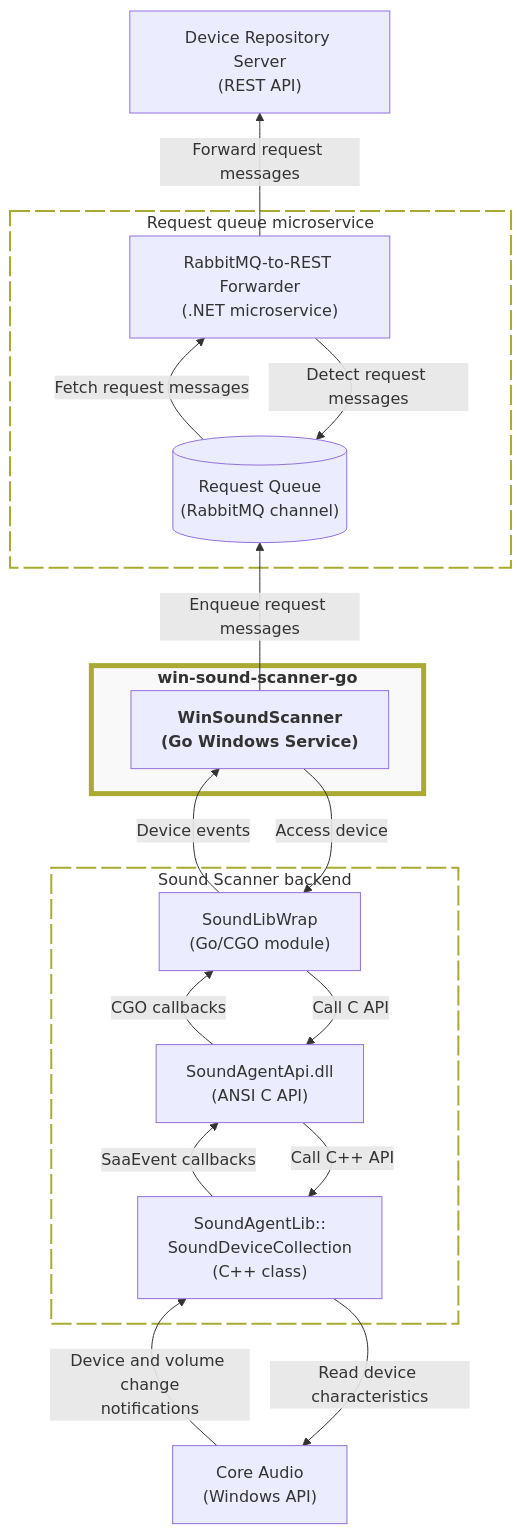
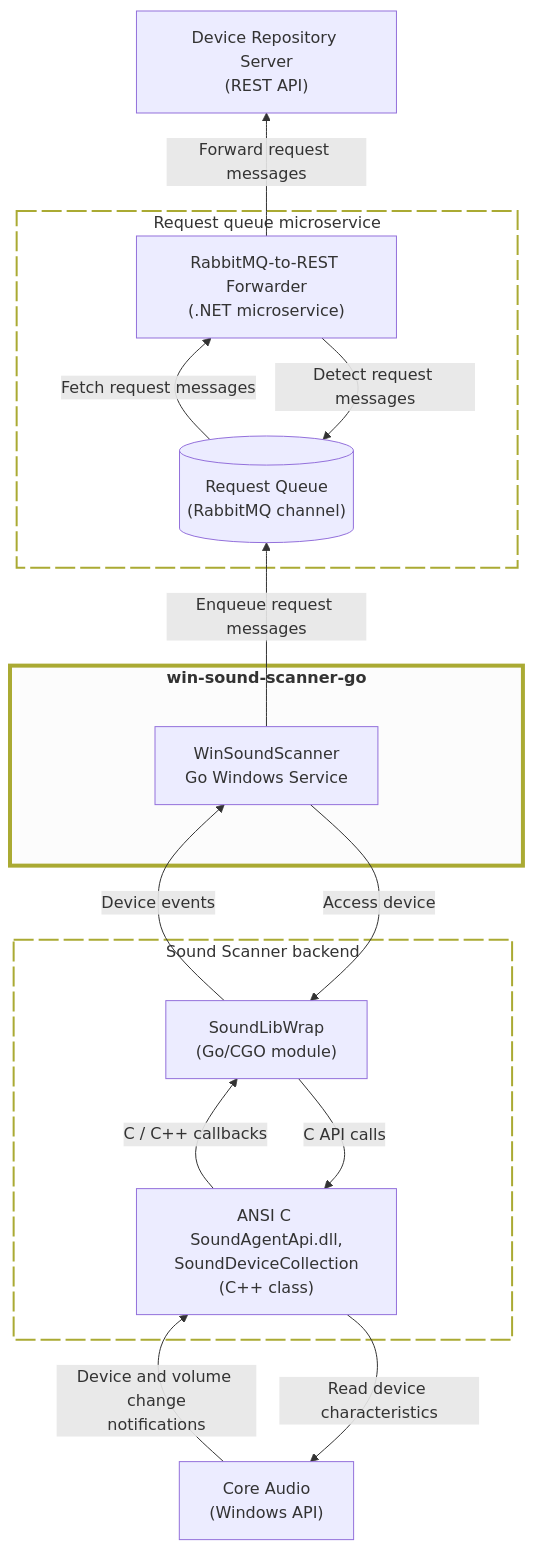
The diagram in docs/module-interaction02.mmd (collect-sound-devices/win-sound-scanner-go), drawn with Mermaid before and after one commit. The commit also changed 2 other files, not shown here.

Commit message:
remove outdated diagrams and refine remaining diagram

```diff
--- a/docs/module-interaction02.mmd
+++ b/docs/module-interaction02.mmd
@@ -1,44 +1,49 @@
 flowchart BT
 
 classDef dottedBox fill:transparent,fill-opacity:0.55, stroke-dasharray:20 5,stroke-width:2px;
-classDef stressedBox fill:#f0f0f0,fill-opacity:0.4,stroke-width:5px;
+classDef stressedBox fill:#f0f0f0,fill-opacity:0.2,stroke-width:4px;
+classDef invisibleNode fill:transparent,stroke:transparent;
 
 coreAudioApi["Core Audio<br>(Windows API)"]
 
 subgraph scannerBackend["Sound Scanner backend"]
+    invisible3["<br><br><br><br><br>"]
+    class invisible3 invisibleNode
     goCgoWrapper["SoundLibWrap<br>(Go/CGO module)"]
-    soundAgentApiDll["SoundAgentApi.dll<br>(ANSI C API)"]
-    soundDeviceCollection["SoundAgentLib::<br>SoundDeviceCollection<br>(C++ class)"]
+    soundAgentApiDll["ANSI C SoundAgentApi.dll,<br>SoundDeviceCollection<br>(C++ class)"]
+    invisible4["<br><br><br><br><br>"]
+    class invisible4 invisibleNode
 end
 class scannerBackend dottedBox
 
-coreAudioApi -->|Device and volume change<br>notifications| soundDeviceCollection
-soundDeviceCollection --> |Read device characteristics| coreAudioApi
+coreAudioApi -->|Device and volume change<br>notifications| soundAgentApiDll
+soundAgentApiDll --> |Read device characteristics| coreAudioApi
 
 subgraph scannerService["<b>win-sound-scanner-go</b>"]
-    winSoundScannerService["<b>WinSoundScanner<br>(Go Windows Service)</b>"]
+    invisible1["<br><br><br><br><br>"]
+    class invisible1 invisibleNode
+    winSoundScannerService["WinSoundScanner<br>Go Windows Service"]
+    invisible2["<br><br><br><br><br>"]
+    class invisible2 invisibleNode
 end
 class scannerService stressedBox
 
 subgraph requestQueueMicroservice["Request queue microservice"]
     requestQueue[("Request Queue<br>(RabbitMQ channel)")]
     rabbitMqRestForwarder["RabbitMQ-to-REST Forwarder<br>(.NET microservice)"]
 end
 class requestQueueMicroservice dottedBox
 
 deviceRepositoryApi["Device Repository Server<br>(REST API)"]
 
 winSoundScannerService --> |Access device| goCgoWrapper
 goCgoWrapper -->|Device events| winSoundScannerService
 
-goCgoWrapper --> |Call C API| soundAgentApiDll
-soundAgentApiDll --> |Call C++ API| soundDeviceCollection
-
-soundDeviceCollection -->|SaaEvent callbacks| soundAgentApiDll
-soundAgentApiDll -->|CGO callbacks| goCgoWrapper
+goCgoWrapper --> |C API calls| soundAgentApiDll
+soundAgentApiDll -->|C / C++ callbacks| goCgoWrapper
 
 winSoundScannerService -->|Enqueue request messages| requestQueue
 
 requestQueue -->|Fetch request messages| rabbitMqRestForwarder
 rabbitMqRestForwarder --> |Detect request messages| requestQueue
 rabbitMqRestForwarder -->|Forward request messages| deviceRepositoryApi
```
